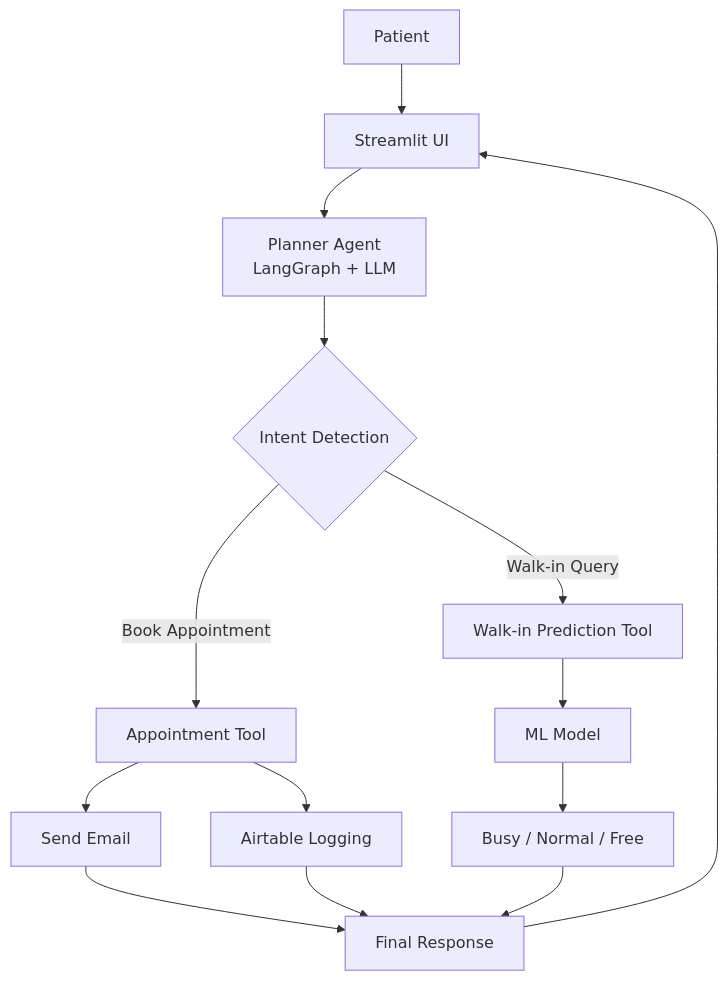
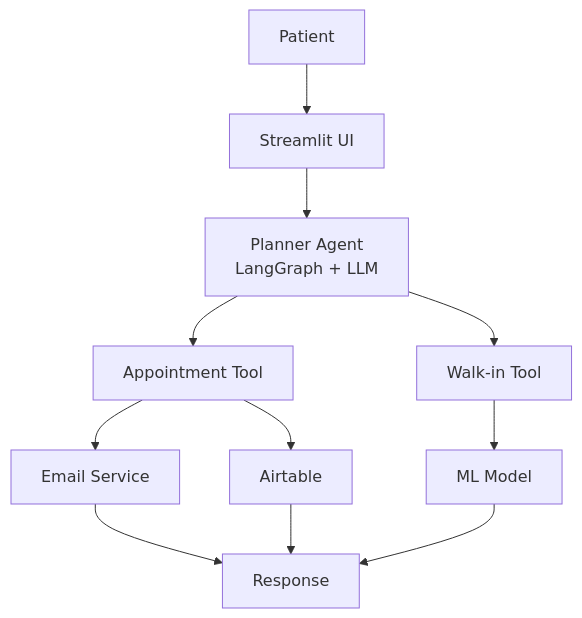
The diagram in README.md (mayaannkkk/Clinic-ChatBot-Agent), drawn with Mermaid before and after one commit. The commit also changed other lines of this file, not shown here.

````diff
--- a/README.md
+++ b/README.md
@@ -33,29 +33,19 @@
 ```mermaid
-graph TD
+flowchart TD
 
     A[Patient] --> B[Streamlit UI]
 
-    B --> C[Planner Agent<br/>LangGraph + LLM]
+    B --> C[Planner Agent<br>LangGraph + LLM]
 
-    C --> D{Intent Detection}
+    C --> D[Appointment Tool]
+    C --> E[Walk-in Tool]
 
-    D -->|Book Appointment| E[Appointment Tool]
+    D --> F[Email Service]
+    D --> G[Airtable]
 
-    D -->|Walk-in Query| F[Walk-in Prediction Tool]
+    E --> H[ML Model]
 
-    E --> G[Send Email]
-
-    E --> H[Airtable Logging]
-
-    F --> I[ML Model]
-
-    I --> J[Busy / Normal / Free]
-
-    G --> K[Final Response]
-
-    H --> K
-
-    J --> K
-
-    K --> B
+    F --> I[Response]
+    G --> I
+    H --> I
 ```
````
